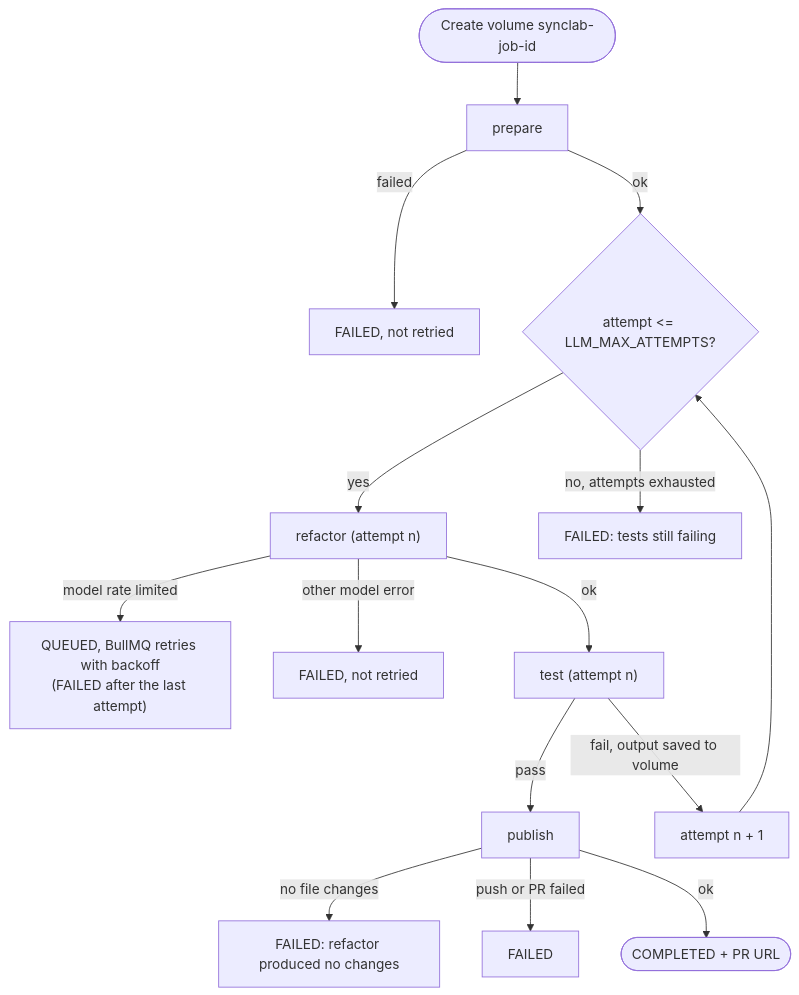
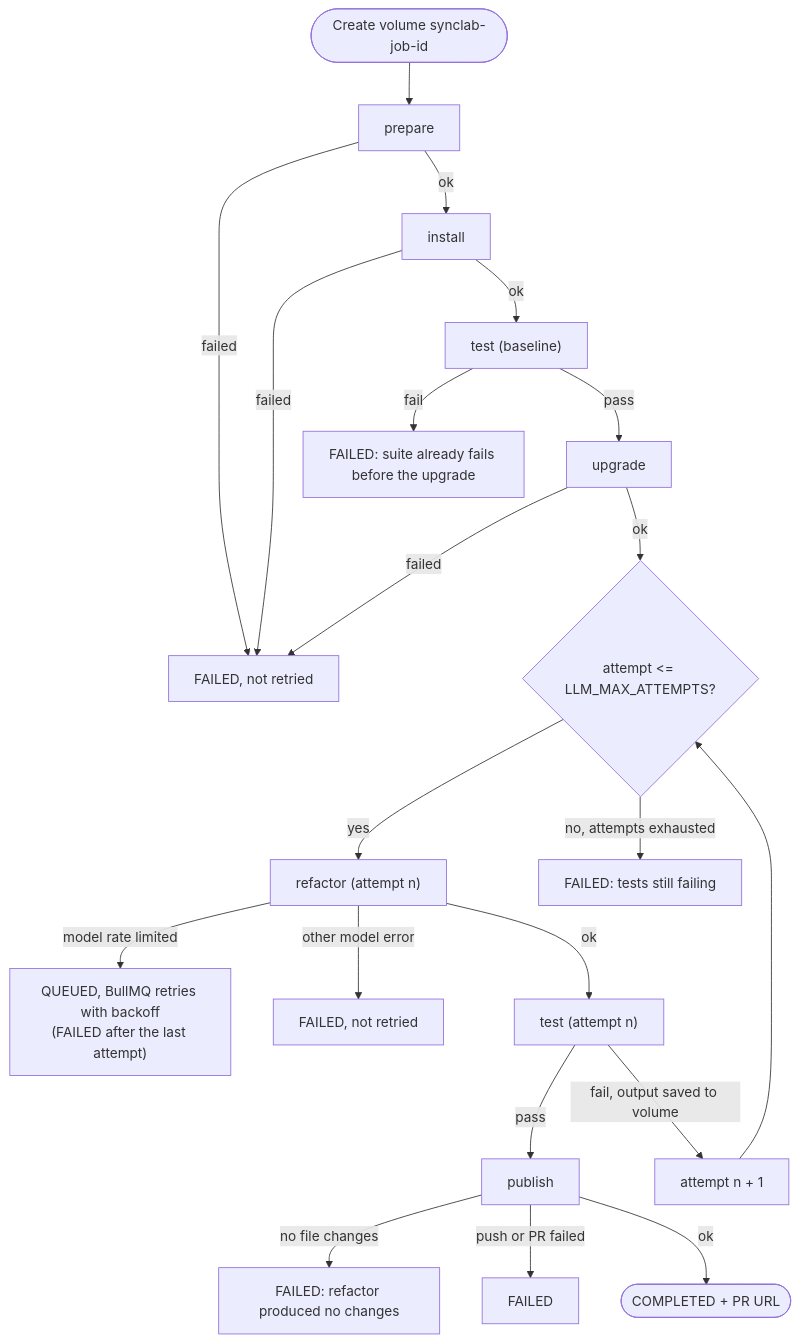
One commit to kiet08hogit/SyncLab changed the fifth of 6 diagrams in README.md. Above: the diagram before and after it, drawn with Mermaid. The commit also changed other lines of this file and 24 other files, not shown here.

````diff
--- a/README.md
+++ b/README.md
@@ -205,16 +211,22 @@
 ```mermaid
 flowchart TD
     START(["Create volume synclab-job-id"]) --> PREP["prepare"]
     PREP -- failed --> F1["FAILED, not retried"]
-    PREP -- ok --> LOOP{"attempt <= LLM_MAX_ATTEMPTS?"}
+    PREP -- ok --> INST["install"]
+    INST -- failed --> F1
+    INST -- ok --> BASE["test (baseline)"]
+    BASE -- fail --> F0["FAILED: suite already fails before the upgrade"]
+    BASE -- pass --> UPG["upgrade"]
+    UPG -- failed --> F1
+    UPG -- ok --> LOOP{"attempt <= LLM_MAX_ATTEMPTS?"}
     LOOP -- yes --> REF["refactor (attempt n)"]
     REF -- "model rate limited" --> F2["QUEUED, BullMQ retries with backoff<br/>(FAILED after the last attempt)"]
     REF -- "other model error" --> F3["FAILED, not retried"]
     REF -- ok --> TEST["test (attempt n)"]
     TEST -- pass --> PUB["publish"]
     TEST -- "fail, output saved to volume" --> NEXT["attempt n + 1"] --> LOOP
     LOOP -- "no, attempts exhausted" --> F4["FAILED: tests still failing"]
     PUB -- "no file changes" --> F5["FAILED: refactor produced no changes"]
     PUB -- "push or PR failed" --> F6["FAILED"]
     PUB -- ok --> DONE(["COMPLETED + PR URL"])
 ```
````
